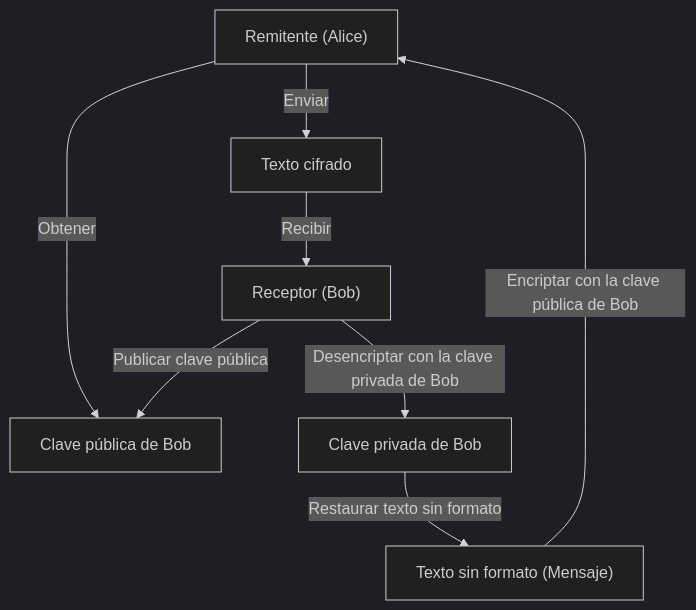
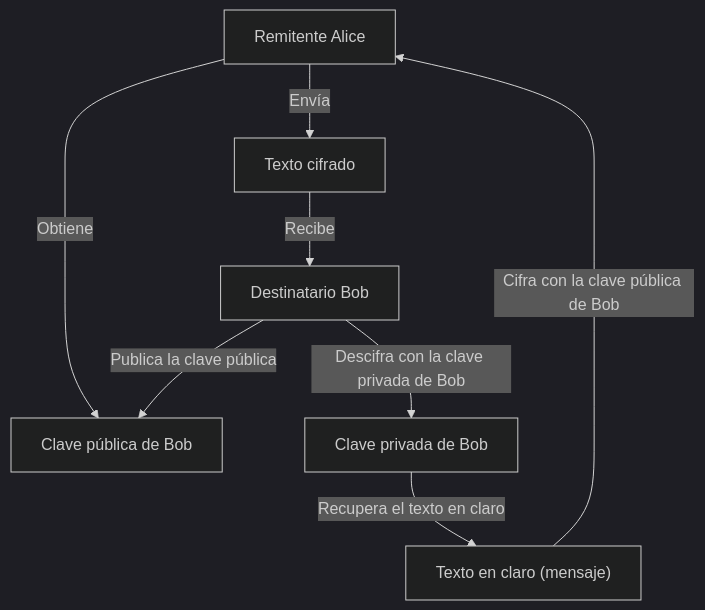
The first of 3 diagrams in content/post/modern-cryptography-public-key-hash-signature/index.es.md (kenjinote/blog), drawn with Mermaid (dark theme) before and after one commit. The commit also changed other lines of this file and 5 other files, not shown here.

````diff
--- a/content/post/modern-cryptography-public-key-hash-signature/index.es.md
+++ b/content/post/modern-cryptography-public-key-hash-signature/index.es.md
@@ -37,17 +36,16 @@
 ```mermaid
 graph TD
-    A["Remitente (Alice)"]
-    B["Receptor (Bob)"]
+    A["Remitente Alice"]
+    B["Destinatario Bob"]
     K_Pub["Clave pública de Bob"]
     K_Priv["Clave privada de Bob"]
-    P["Texto sin formato (Mensaje)"]
+    P["Texto en claro (mensaje)"]
     C["Texto cifrado"]
-
-    B -->|"Publicar clave pública"| K_Pub
-    A -->|"Obtener"| K_Pub
-    P -->|"Encriptar con la clave pública de Bob"| A
-    A -->|"Enviar"| C
-    C -->|"Recibir"| B
-    B -->|"Desencriptar con la clave privada de Bob"| K_Priv
-    K_Priv -->|"Restaurar texto sin formato"| P
+    B -->|"Publica la clave pública"| K_Pub
+    A -->|"Obtiene"| K_Pub
+    P -->|"Cifra con la clave pública de Bob"| A
+    A -->|"Envía"| C
+    C -->|"Recibe"| B
+    B -->|"Descifra con la clave privada de Bob"| K_Priv
+    K_Priv -->|"Recupera el texto en claro"| P
 ```
````
